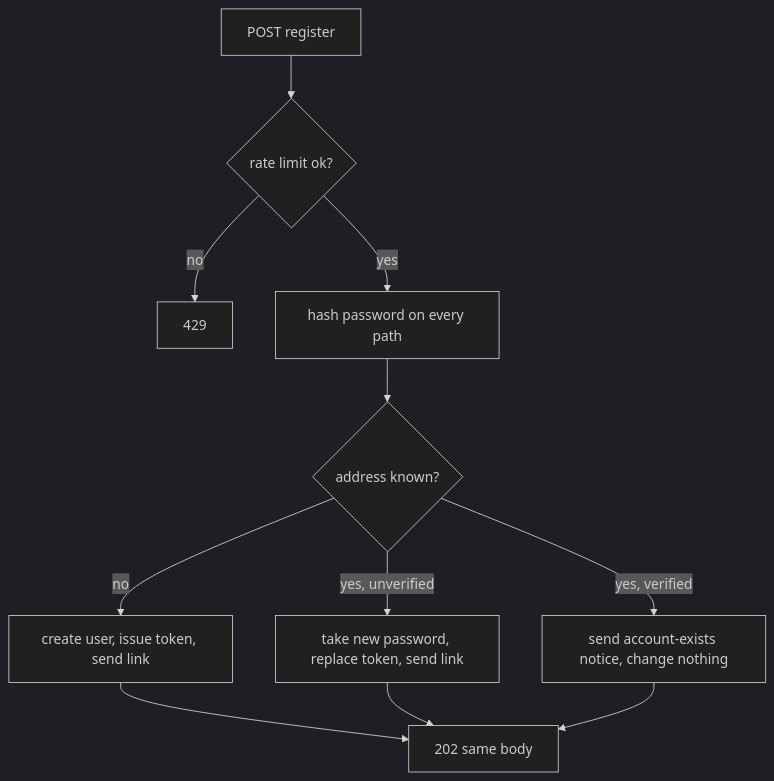
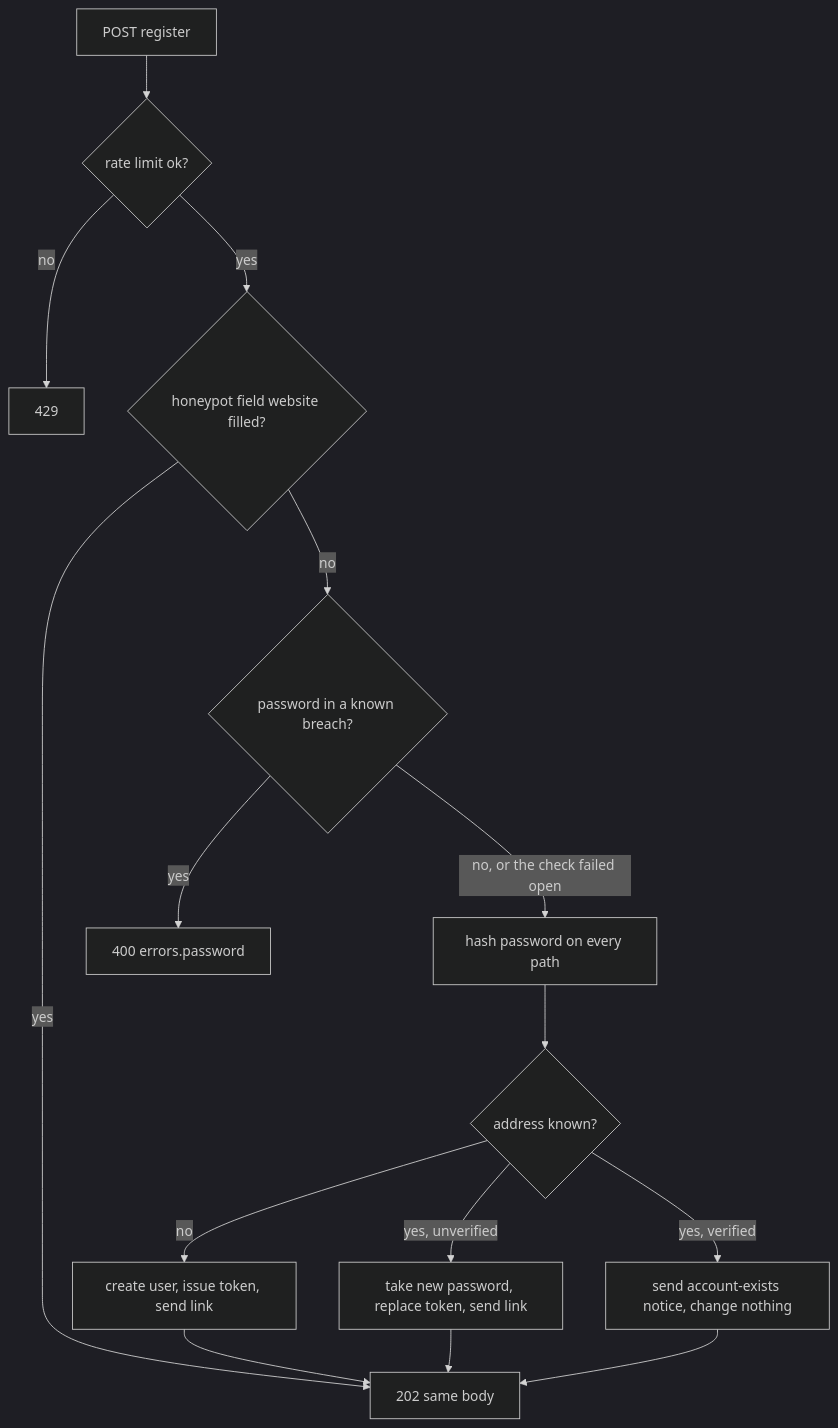
Before and after one commit to makeitfine-org/phrasal: the second of 4 diagrams in docs/diagrams/email-verification-flow.md, drawn with Mermaid (dark theme). The commit also changed other lines of this file and 14 other files, not shown here.

````diff
--- a/docs/diagrams/email-verification-flow.md
+++ b/docs/diagrams/email-verification-flow.md
@@ -32,13 +32,17 @@
 ```mermaid
 flowchart TD
     R[POST register] --> RL{rate limit ok?}
     RL -- no --> T429[429]
-    RL -- yes --> H[hash password on every path]
+    RL -- yes --> HP{honeypot field website filled?}
+    HP -- yes --> A
+    HP -- no --> BR{password in a known breach?}
+    BR -- yes --> B400[400 errors.password]
+    BR -- "no, or the check failed open" --> H[hash password on every path]
     H --> K{address known?}
     K -- no --> N[create user, issue token, send link]
     K -- "yes, unverified" --> P[take new password, replace token, send link]
     K -- "yes, verified" --> X[send account-exists notice, change nothing]
     N --> A[202 same body]
     P --> A
     X --> A
 ```
````
